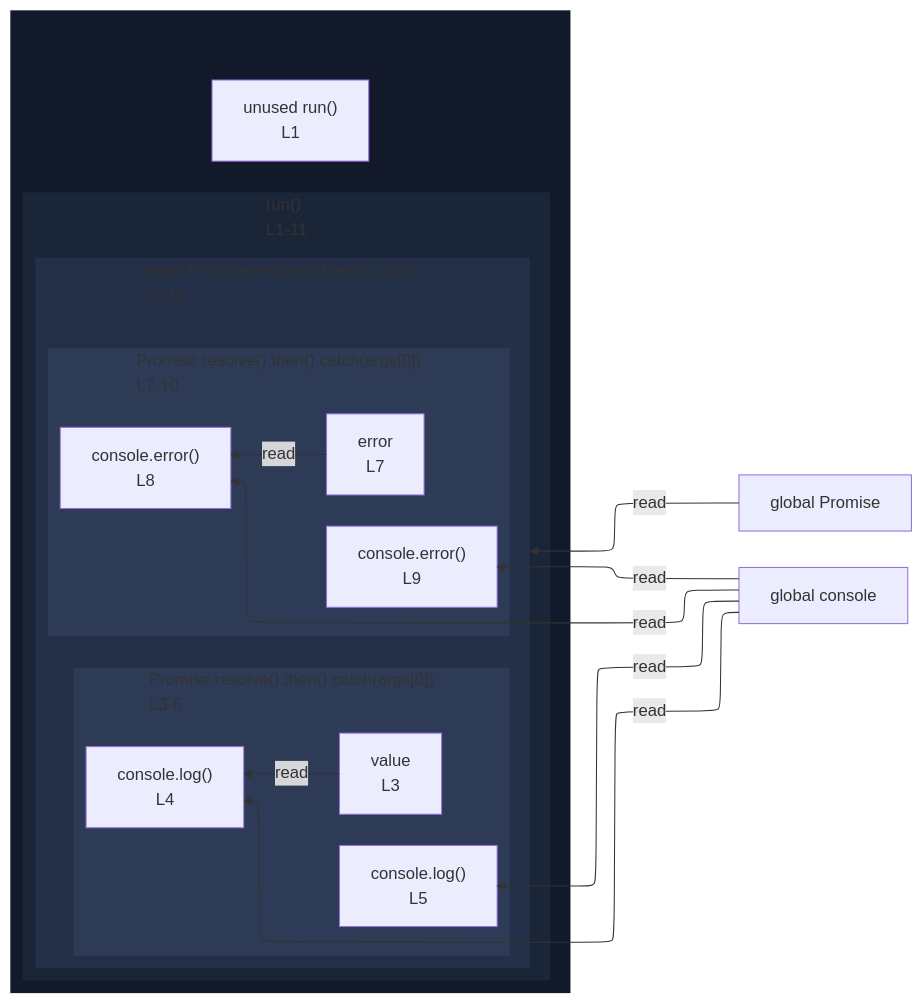
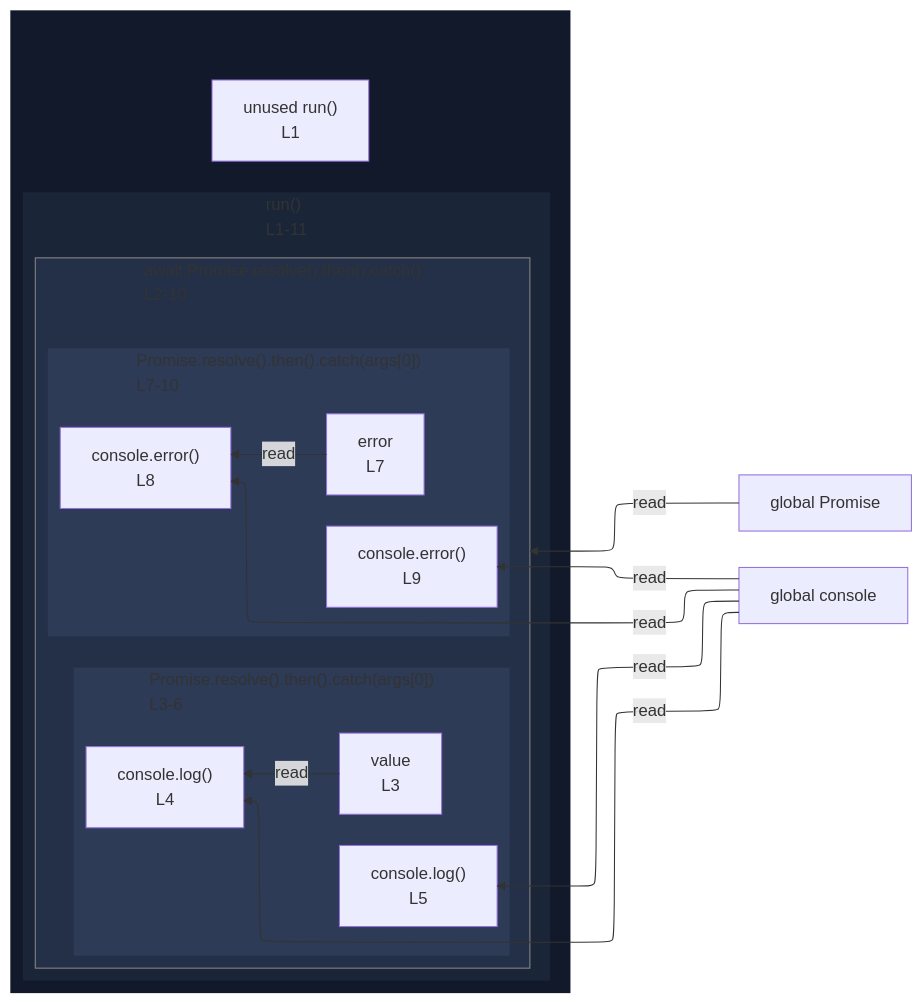
Before and after one commit to crescware/unsnarl: the diagram in integration/fixtures/expression-statement/awaited-then-catch/preview.md, drawn with Mermaid. The commit also changed 28 other files, not shown here.

````diff
--- a/integration/fixtures/expression-statement/awaited-then-catch/preview.md
+++ b/integration/fixtures/expression-statement/awaited-then-catch/preview.md
@@ -21,44 +21,46 @@
 ```mermaid
 %%{init: {"flowchart": {"defaultRenderer": "elk"}}}%%
 flowchart RL
   n_scope_0_Promise_53["global Promise"]
   n_scope_0_console_100["global console"]
   subgraph wrap_s_scope_1[" "]
     direction TB
     n_scope_0_run_22["unused run()<br/>L1"]
     subgraph s_scope_1["run()<br/>L1-11"]
       direction RL
       subgraph expr_stmt_47["await Promise.resolve().then().catch()<br/>L2-10"]
         direction RL
         subgraph s_scope_2["Promise.resolve().then().catch(args[0])<br/>L3-6"]
           direction RL
           n_scope_2_value_82["value<br/>L3"]
           expr_stmt_100["console.log()<br/>L4"]
           expr_stmt_142["console.log()<br/>L5"]
         end
         subgraph s_scope_3["Promise.resolve().then().catch(args[0])<br/>L7-10"]
           direction RL
           n_scope_3_error_202["error<br/>L7"]
           expr_stmt_220["console.error()<br/>L8"]
           expr_stmt_265["console.error()<br/>L9"]
         end
       end
     end
   end
   n_scope_0_Promise_53 -->|read| expr_stmt_47
   n_scope_0_console_100 -->|read| expr_stmt_100
   n_scope_2_value_82 -->|read| expr_stmt_100
   n_scope_0_console_100 -->|read| expr_stmt_142
   n_scope_0_console_100 -->|read| expr_stmt_220
   n_scope_3_error_202 -->|read| expr_stmt_220
   n_scope_0_console_100 -->|read| expr_stmt_265
   classDef nestL1 fill:#11192a,stroke:transparent;
   class wrap_s_scope_1 nestL1;
   classDef nestL2 fill:#1a2538,stroke:transparent;
   class s_scope_1 nestL2;
   classDef nestL3 fill:#243047,stroke:transparent;
   class expr_stmt_47 nestL3;
   classDef nestL4 fill:#2d3b57,stroke:transparent;
   class s_scope_2 nestL4;
   class s_scope_3 nestL4;
+  classDef edgeTargetSubgraph stroke:#888;
+  class expr_stmt_47 edgeTargetSubgraph;
 ```
````
